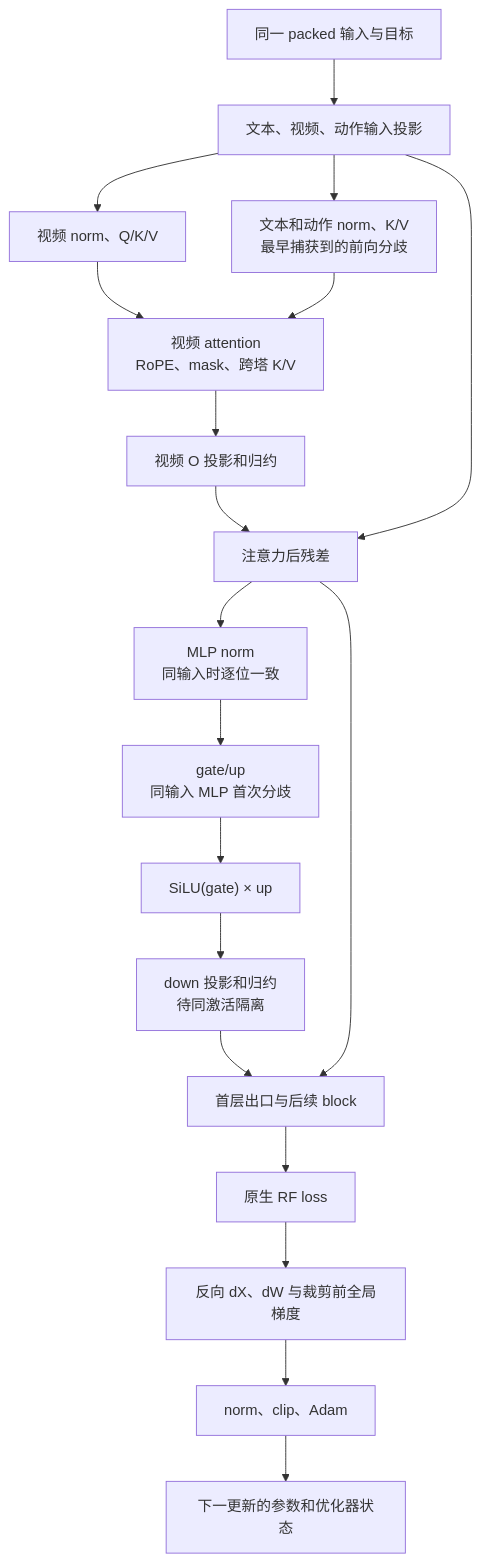
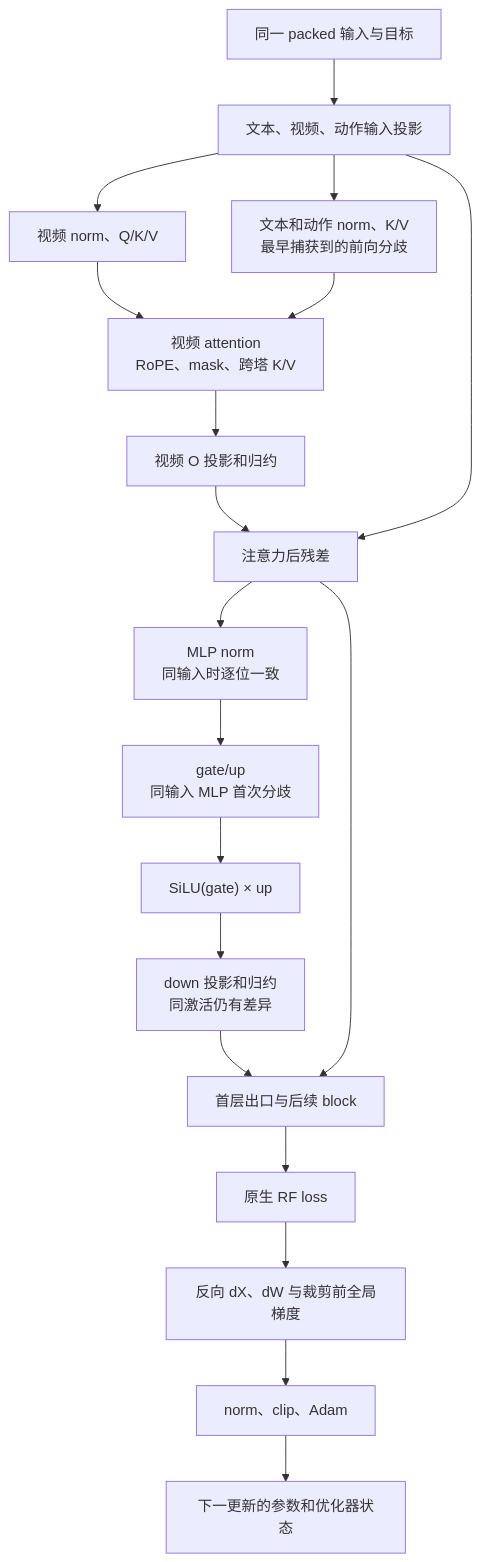
The diagram in docs/plans/v0.0.1.tp_pp.tree.md (Hchnr/cosmos-framework-pwm-megatron), drawn with Mermaid before and after one commit. The commit also changed other lines of this file and 1 other file, not shown here.

Commit message:
Record same-input TP down projection evidence

````diff
--- a/docs/plans/v0.0.1.tp_pp.tree.md
+++ b/docs/plans/v0.0.1.tp_pp.tree.md
@@ -39,21 +40,21 @@
 ```mermaid
 flowchart TD
     Input["同一 packed 输入与目标"] --> Embedding["文本、视频、动作输入投影"]
     Embedding --> VideoQKV["视频 norm、Q/K/V"]
     Embedding --> TextActionKV["文本和动作 norm、K/V<br/>最早捕获到的前向分歧"]
     VideoQKV --> Attention["视频 attention<br/>RoPE、mask、跨塔 K/V"]
     TextActionKV --> Attention
     Attention --> Output["视频 O 投影和归约"]
     Output --> Residual["注意力后残差"]
     Embedding --> Residual
     Residual --> MlpNorm["MLP norm<br/>同输入时逐位一致"]
     MlpNorm --> GateUp["gate/up<br/>同输入 MLP 首次分歧"]
     GateUp --> Gated["SiLU(gate) × up"]
-    Gated --> Down["down 投影和归约<br/>待同激活隔离"]
+    Gated --> Down["down 投影和归约<br/>同激活仍有差异"]
     Down --> Layers["首层出口与后续 block"]
     Residual --> Layers
     Layers --> Loss["原生 RF loss"]
     Loss --> Grad["反向 dX、dW 与裁剪前全局梯度"]
     Grad --> Adam["norm、clip、Adam"]
     Adam --> Next["下一更新的参数和优化器状态"]
 ```
````
